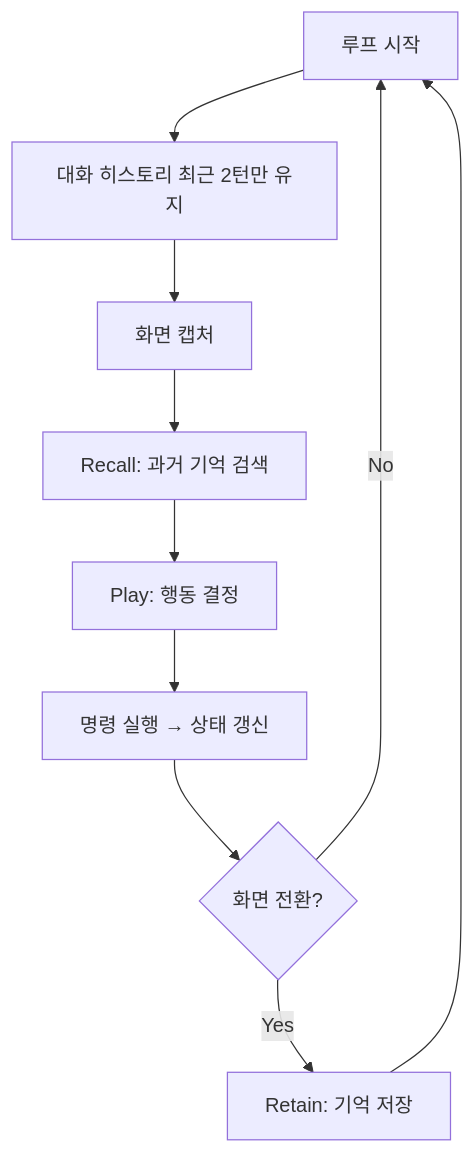
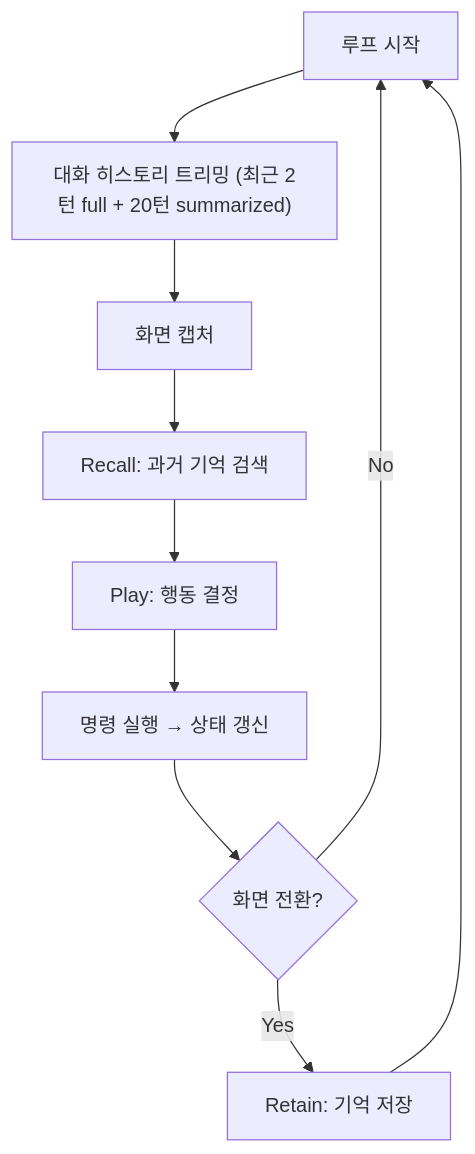
Before and after one commit to harryplusplus/ai-plays-slay-the-spire: the diagram in README.md, drawn with Mermaid. The commit also changed other lines of this file and 3 other files, not shown here.

````diff
--- a/README.md
+++ b/README.md
@@ -50,12 +50,12 @@
 ```mermaid
 flowchart TD
-    A["루프 시작"] --> B["대화 히스토리 최근 2턴만 유지"]
+    A["루프 시작"] --> B["대화 히스토리 트리밍 (최근 2턴 full + 20턴 summarized)"]
     B --> C["화면 캡처"]
     C --> D["Recall: 과거 기억 검색"]
     D --> E["Play: 행동 결정"]
     E --> F["명령 실행 → 상태 갱신"]
     F --> G{"화면 전환?"}
     G -->|"Yes"| H["Retain: 기억 저장"]
     G -->|"No"| A
     H --> A
 ```
````
